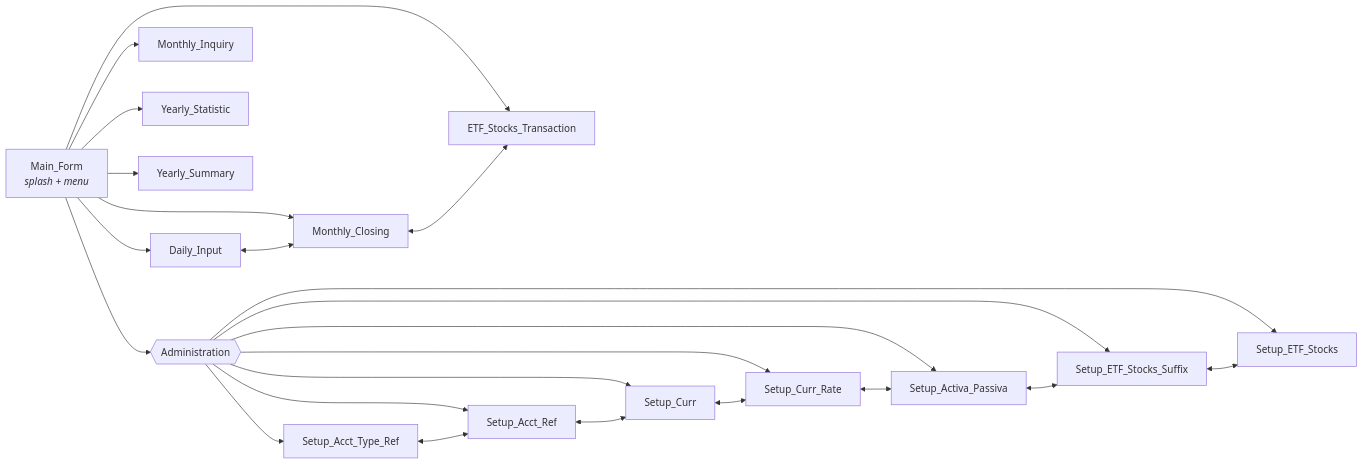
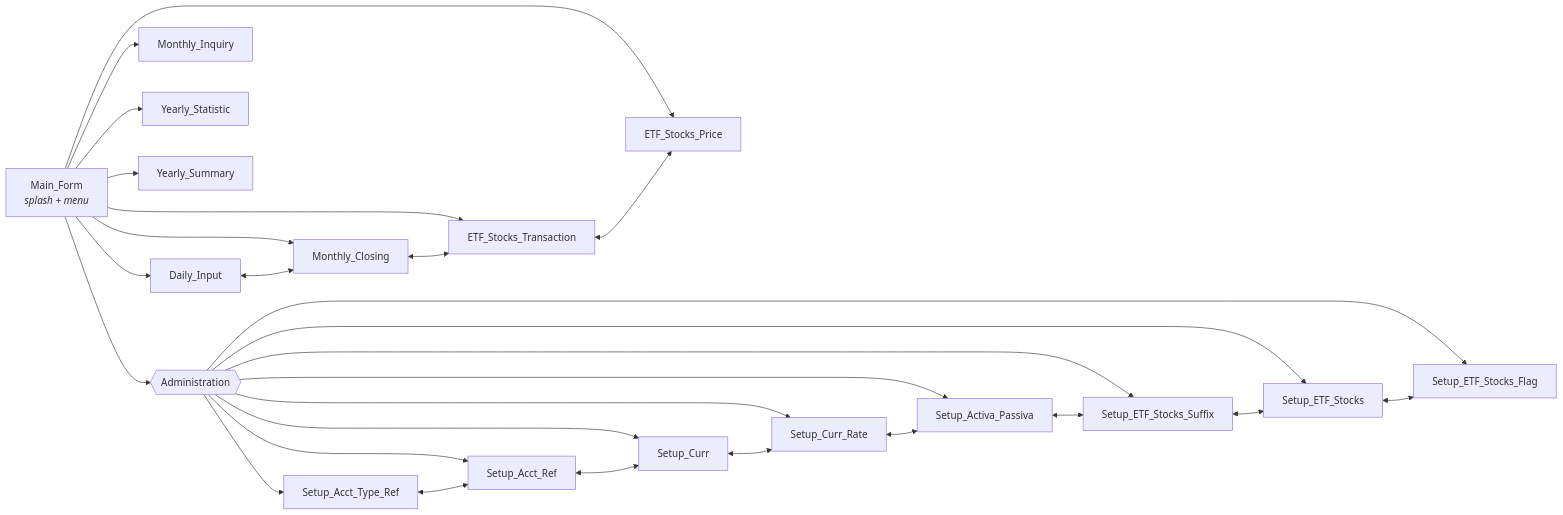
Before and after one commit to oscar-rijadi/FinancialBalance: the second of 3 diagrams in README.md, drawn with Mermaid. The commit also changed other lines of this file, not shown here.

````diff
--- a/README.md
+++ b/README.md
@@ -87,30 +87,34 @@
 ```mermaid
 flowchart LR
     MAIN["Main_Form<br/><i>splash + menu</i>"]
 
     MAIN --> DI["Daily_Input"]
     MAIN --> MC["Monthly_Closing"]
     MAIN --> ETX["ETF_Stocks_Transaction"]
+    MAIN --> ETP["ETF_Stocks_Price"]
     MAIN --> MI["Monthly_Inquiry"]
     MAIN --> YT["Yearly_Statistic"]
     MAIN --> YS["Yearly_Summary"]
 
     MAIN --> ADMIN{{"Administration"}}
     ADMIN --> SATR["Setup_Acct_Type_Ref"]
     ADMIN --> SAR["Setup_Acct_Ref"]
     ADMIN --> SC["Setup_Curr"]
     ADMIN --> SCR["Setup_Curr_Rate"]
     ADMIN --> SAP["Setup_Activa_Passiva"]
     ADMIN --> SES["Setup_ETF_Stocks_Suffix"]
     ADMIN --> SET["Setup_ETF_Stocks"]
+    ADMIN --> SEF["Setup_ETF_Stocks_Flag"]
 
     DI <--> MC
     MC <--> ETX
+    ETX <--> ETP
 
     SATR <--> SAR
     SAR <--> SC
     SC <--> SCR
     SCR <--> SAP
     SAP <--> SES
     SES <--> SET
+    SET <--> SEF
 ```
````
